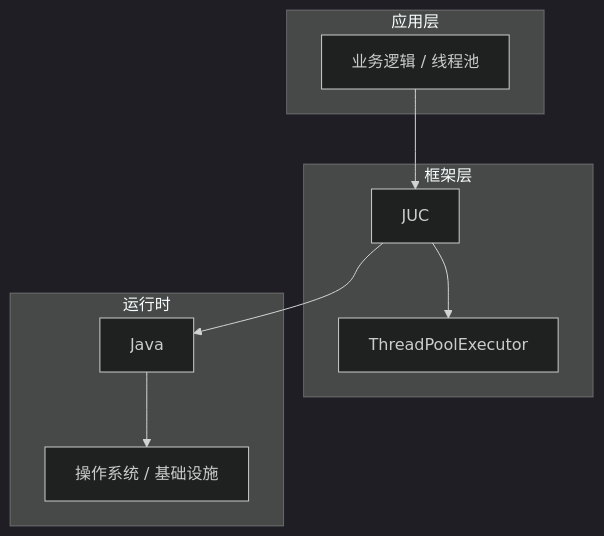
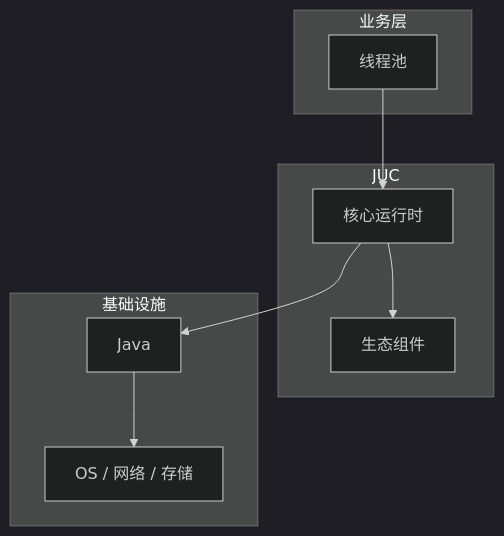
The diagram in articles/Java并发/chapters/009-线程池核心概念与原理.md (yanggan2015/knowledge-json-v2), drawn with Mermaid (dark theme) before and after one commit. The commit also changed other lines of this file and 10127 other files, not shown here.

````diff
--- a/articles/Java并发/chapters/009-线程池核心概念与原理.md
+++ b/articles/Java并发/chapters/009-线程池核心概念与原理.md
@@ -45,18 +34,18 @@
 ```mermaid
 graph TB
-    subgraph 应用层
-        A[业务逻辑 / 线程池]
+    subgraph 业务层
+        A[线程池]
     end
-    subgraph 框架层
-        B[JUC]
-        C[ThreadPoolExecutor]
+    subgraph JUC
+        B[核心运行时]
+        C[生态组件]
     end
-    subgraph 运行时
+    subgraph 基础设施
         D[Java]
-        E[操作系统 / 基础设施]
+        E[OS / 网络 / 存储]
     end
     A --> B
     B --> C
     B --> D
     D --> E
 ```
````
